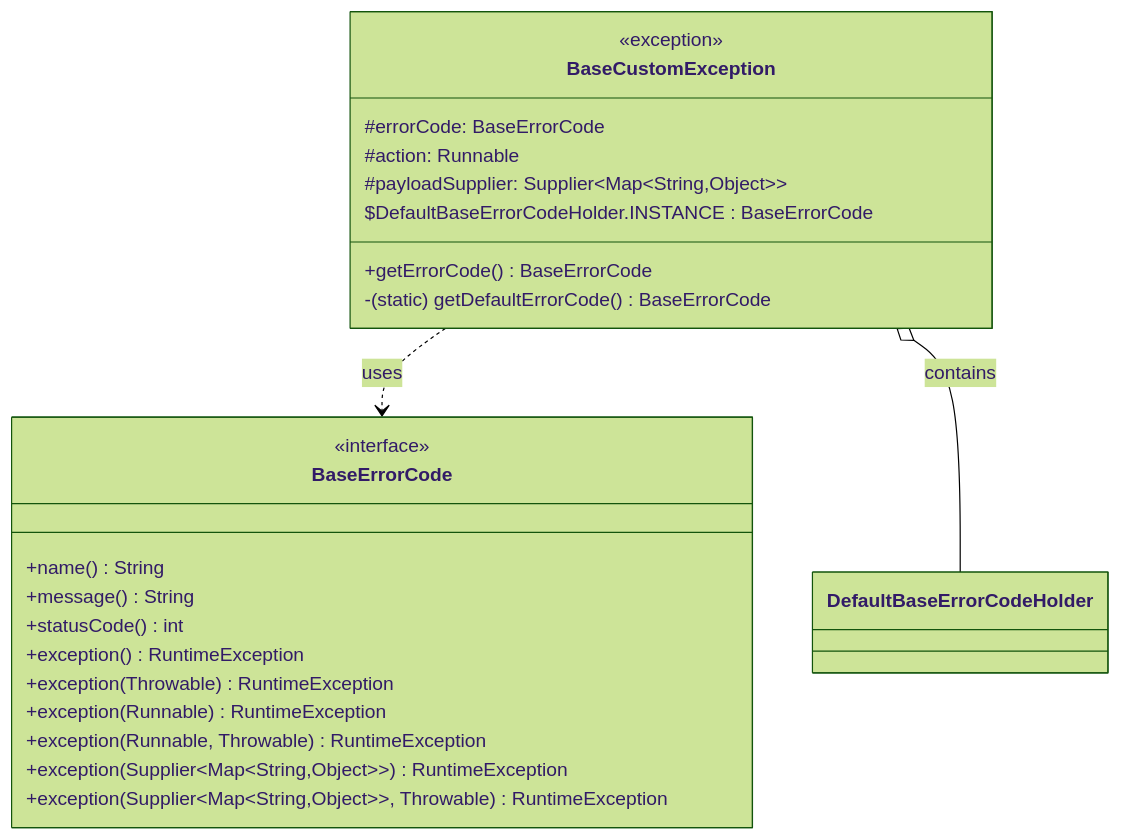
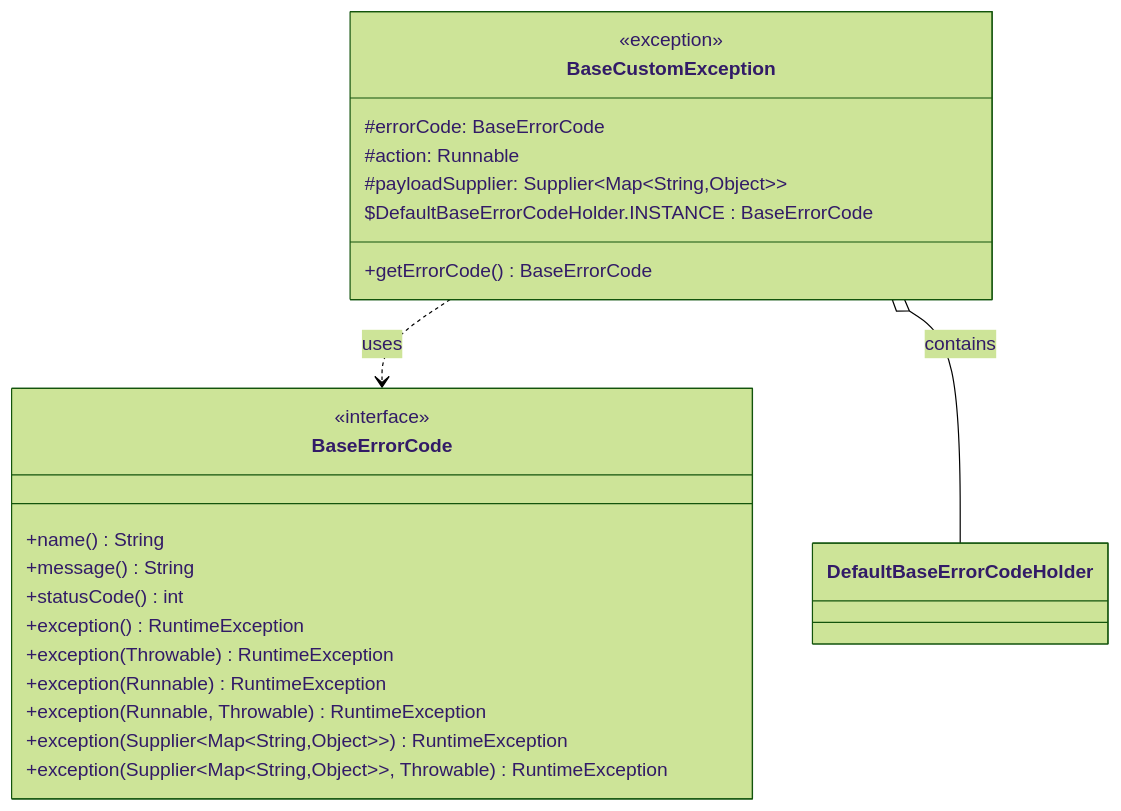
Before and after one commit to merge-simpson/letsdev-error-code-api: the second of 3 diagrams in README.md, drawn with Mermaid.

Commit message:
docs(readme): keep editing mermaid (remove a static method)

````diff
--- a/README.md
+++ b/README.md
@@ -50,47 +50,46 @@
 ```mermaid
 %%{init: {"theme": "forest", "themeVariables": {"fontFamily": "Comic Sans MS"}}}%%
 classDiagram
 %% 클래스 목록
     class BaseErrorCode {
         <<interface>>
         +name() String
         +message() String
         +statusCode() int
         +exception() RuntimeException
         +exception(Throwable) RuntimeException
         +exception(Runnable) RuntimeException
         +exception(Runnable, Throwable) RuntimeException
         +exception(Supplier&lt;Map&lt;String,Object>>) RuntimeException
         +exception(Supplier&lt;Map&lt;String,Object>>, Throwable) RuntimeException
     }
 
     class BaseCustomException {
         <<exception>>
         #errorCode: BaseErrorCode
         #action: Runnable
         #payloadSupplier: Supplier&lt;Map&lt;String,Object>>
         $DefaultBaseErrorCodeHolder.INSTANCE : BaseErrorCode
         
 %%        +BaseCustomException()
 %%        +BaseCustomException(message: String)
 %%        +BaseCustomException(message: String, cause: Throwable)
 %%        +BaseCustomException(errorCode: BaseErrorCode)
 %%        +BaseCustomException(errorCode: BaseErrorCode, cause: Throwable)
 %%        +BaseCustomException(errorCode: BaseErrorCode, action: Runnable)
 %%        +BaseCustomException(errorCode: BaseErrorCode, action: Runnable, cause: Throwable)
 %%        +BaseCustomException(errorCode: BaseErrorCode, payloadSupplier: Supplier&lt;Map&lt;String,Object>>)
 %%        +BaseCustomException(errorCode: BaseErrorCode, payloadSupplier: Supplier&lt;Map&lt;String,Object>>, cause: Throwable)
         
         +getErrorCode() BaseErrorCode
-        -(static) getDefaultErrorCode() BaseErrorCode
     }
 
 %%    class DefaultBaseErrorCodeHolder {
 %%        <<private>>
 %%        -INSTANCE : BaseErrorCode
 %%    }
 
 %% 관계 표현
     BaseCustomException ..> BaseErrorCode : uses
     BaseCustomException o-- DefaultBaseErrorCodeHolder : contains
 ```
````
